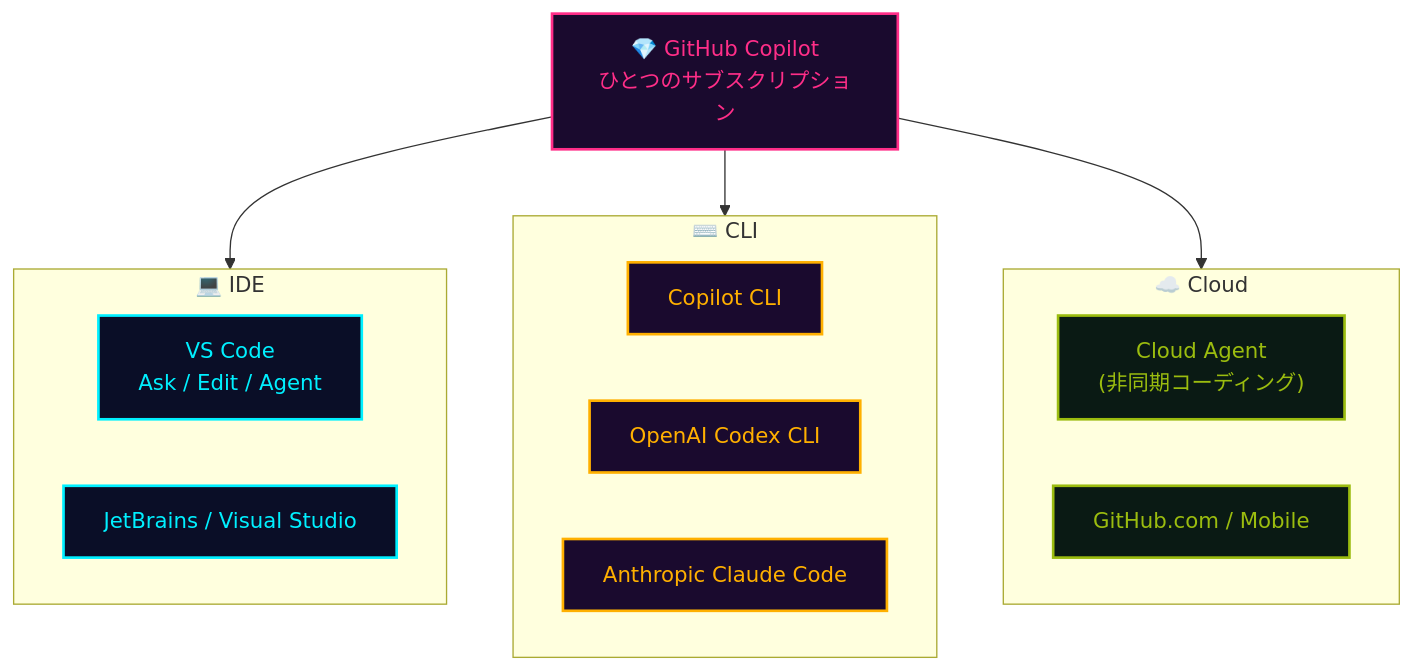
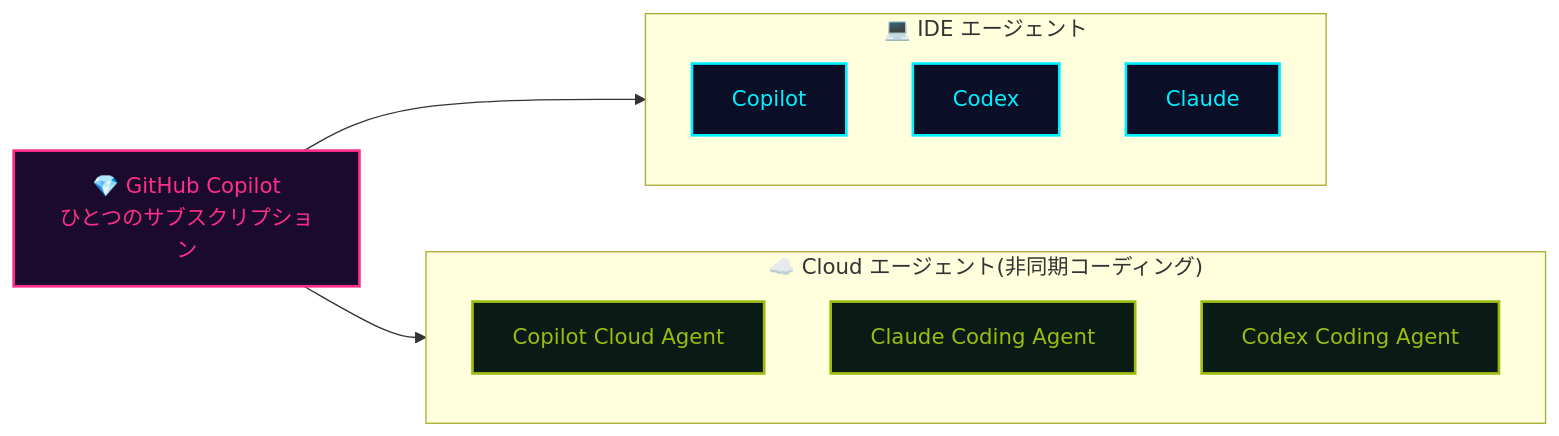
Before and after one commit to theomonfort/theomonfort: the first of 2 diagrams in src/content/glossary/github-copilot.md, drawn with Mermaid. The commit also changed other lines of this file and 3 other files, not shown here.

First line of the commit message:
Polish glossary slides: GitHub Copilot surface order, Trust Center retro-link, sidebar hover by category

````diff
--- a/src/content/glossary/github-copilot.md
+++ b/src/content/glossary/github-copilot.md
@@ -48,33 +50,28 @@
 ```mermaid
-flowchart TB
+flowchart LR
   Sub["💎 GitHub Copilot<br/>ひとつのサブスクリプション"]
 
-  subgraph IDE["💻 IDE"]
-    VSC["VS Code<br/>Ask / Edit / Agent"]
-    JB["JetBrains / Visual Studio"]
+  subgraph IDE["💻 IDE エージェント"]
+    direction TB
+    VSC["Copilot"]
+    JB["Codex"]
+    CL["Claude"]
   end
 
-  subgraph CLI["⌨️ CLI"]
-    GHC["Copilot CLI"]
-    CDX["OpenAI Codex CLI"]
-    CC["Anthropic Claude Code"]
-  end
-
-  subgraph Cloud["☁️ Cloud"]
-    CA["Cloud Agent<br/>(非同期コーディング)"]
-    GH["GitHub.com / Mobile"]
+  subgraph Cloud["☁️ Cloud エージェント(非同期コーディング)"]
+    direction TB
+    CA["Copilot Cloud Agent"]
+    GH["Claude Coding Agent"]
+    GO["Codex Coding Agent"]
   end
 
   Sub --> IDE
-  Sub --> CLI
   Sub --> Cloud
 
   classDef sub fill:#1a0a2e,stroke:#ff2e88,color:#ff2e88,stroke-width:2px
   classDef ide fill:#0a0e27,stroke:#00f0ff,color:#00f0ff,stroke-width:2px
-  classDef cli fill:#1a0a2e,stroke:#ffb000,color:#ffb000,stroke-width:2px
   classDef cloud fill:#0a1a14,stroke:#9bbc0f,color:#9bbc0f,stroke-width:2px
   class Sub sub
-  class VSC,JB ide
-  class GHC,CDX,CC cli
-  class CA,GH cloud
+  class VSC,JB,CL ide
+  class CA,GH,GO cloud
 ```
````
